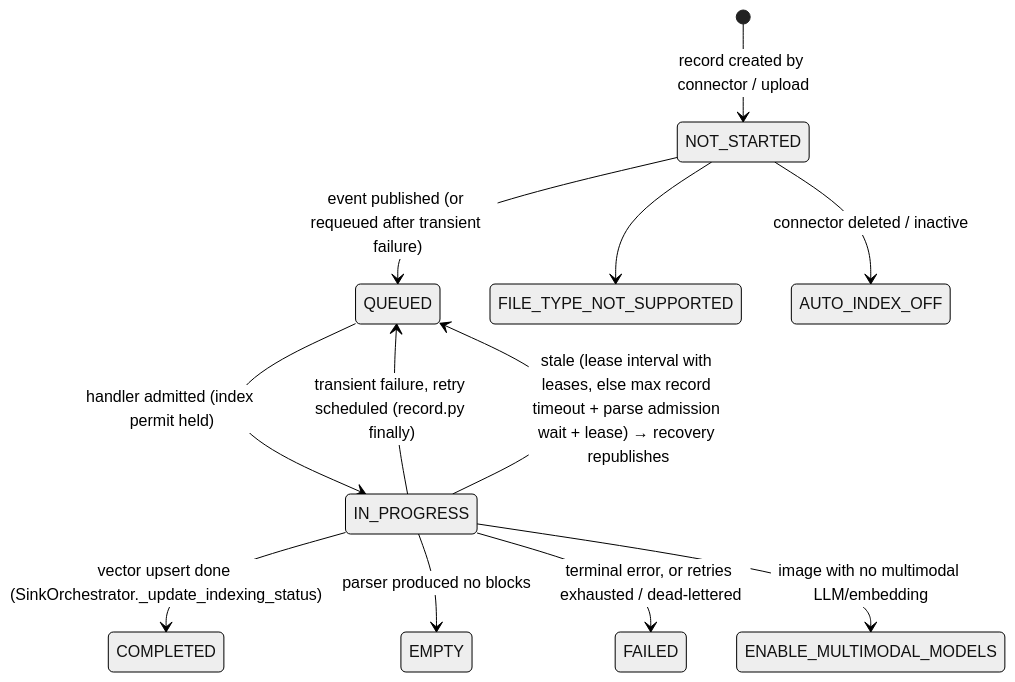
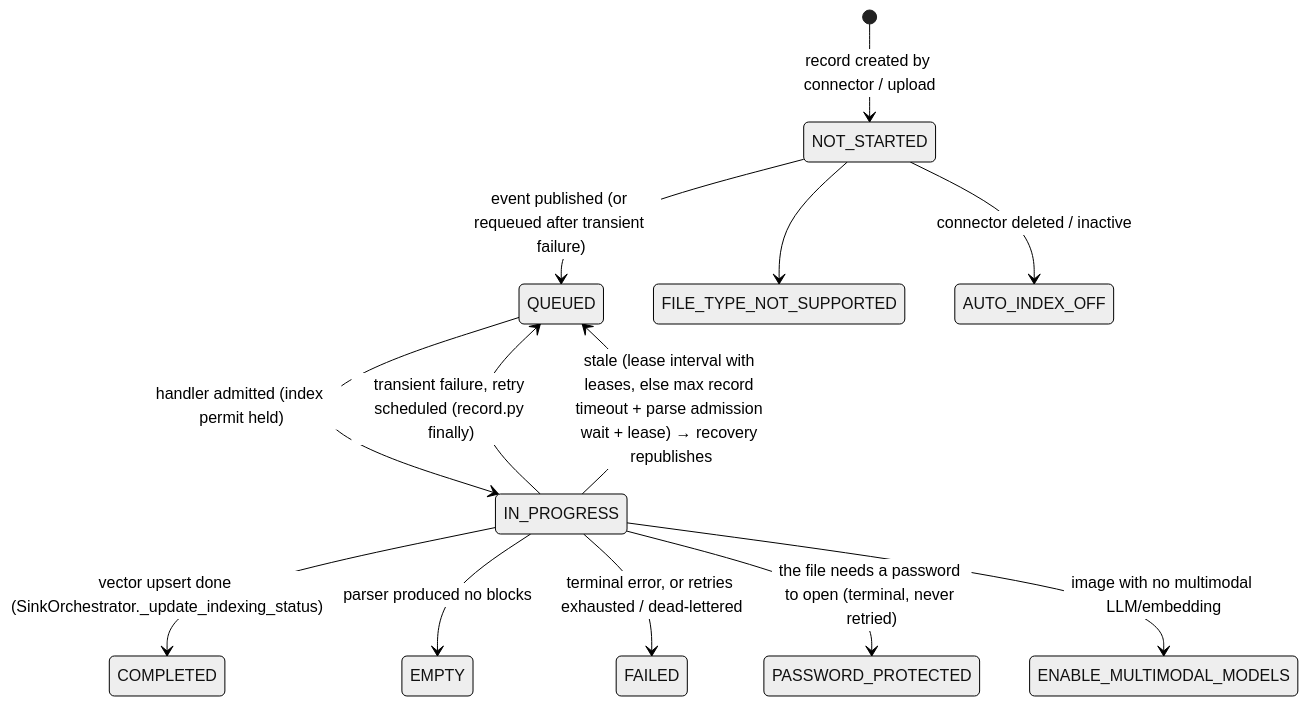
The second of 5 diagrams in docs/indexing-service.md (vishwjeet-pawar03/pipeshub-ai), drawn with Mermaid (neutral theme) before and after one commit. The commit also changed other lines of this file and 72 other files, not shown here.

First line of the commit message:
feat(indexing): detect password-protected files and give them their own status (#4784)

````diff
--- a/docs/indexing-service.md
+++ b/docs/indexing-service.md
@@ -74,14 +74,15 @@
 ```mermaid
 stateDiagram-v2
     [*] --> NOT_STARTED: record created by connector / upload
     NOT_STARTED --> QUEUED: event published (or requeued after transient failure)
     QUEUED --> IN_PROGRESS: handler admitted (index permit held)
     IN_PROGRESS --> COMPLETED: vector upsert done (SinkOrchestrator._update_indexing_status)
     IN_PROGRESS --> EMPTY: parser produced no blocks
     IN_PROGRESS --> QUEUED: transient failure, retry scheduled (record.py finally)
     IN_PROGRESS --> FAILED: terminal error, or retries exhausted / dead-lettered
+    IN_PROGRESS --> PASSWORD_PROTECTED: the file needs a password to open (terminal, never retried)
     IN_PROGRESS --> QUEUED: stale (lease interval with leases, else max record timeout + parse admission wait + lease) → recovery republishes
     NOT_STARTED --> FILE_TYPE_NOT_SUPPORTED
     NOT_STARTED --> AUTO_INDEX_OFF: connector deleted / inactive
     IN_PROGRESS --> ENABLE_MULTIMODAL_MODELS: image with no multimodal LLM/embedding
 ```
````
